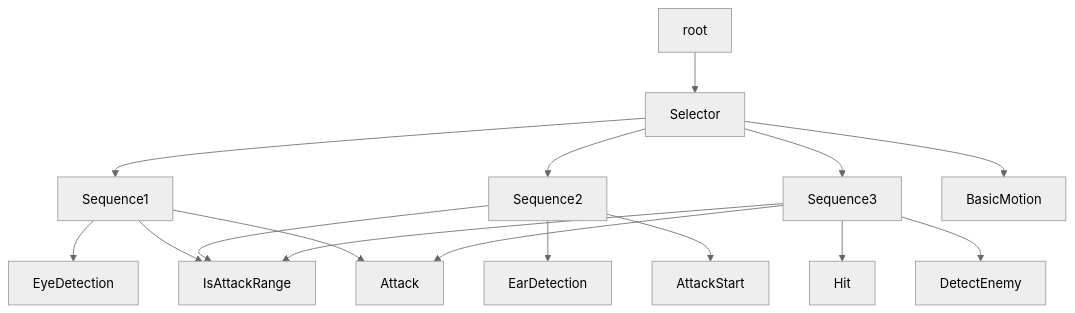
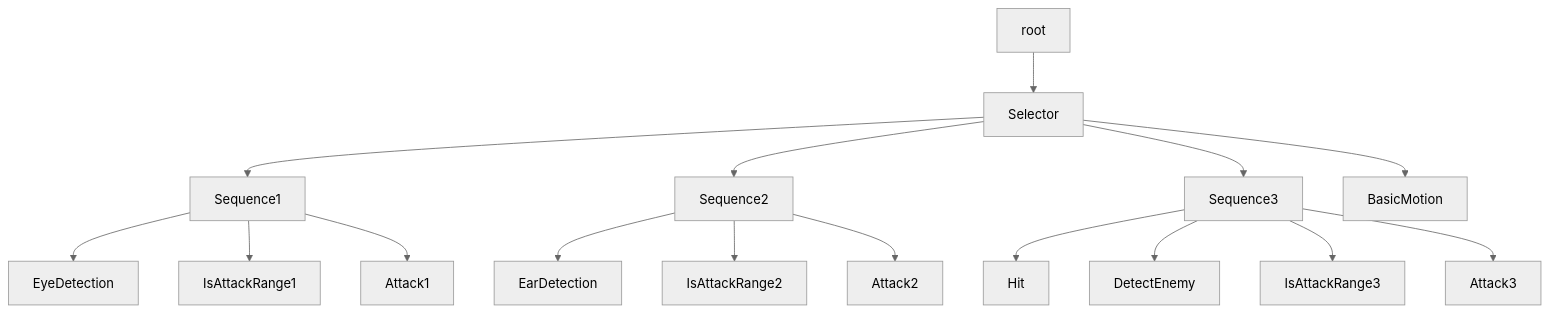
One commit to YDbata/Mosquito changed the diagram in README.md. Above: the diagram before and after it, drawn with Mermaid (neutral theme).

Commit message:
Update README.md
BT 수정

````diff
--- a/README.md
+++ b/README.md
@@ -8,18 +8,18 @@
 ```mermaid
 graph TD;
   root --> Selector;
   Selector --> Sequence1;
   Selector --> Sequence2;
   Selector --> Sequence3;
   Sequence1 --> EyeDetection;
-  Sequence1 --> IsAttackRange;
-  Sequence1 --> Attack;
+  Sequence1 --> IsAttackRange1;
+  Sequence1 --> Attack1;
   Sequence2 --> EarDetection;
-  Sequence2 --> IsAttackRange;
-  Sequence2 --> AttackStart;
+  Sequence2 --> IsAttackRange2;
+  Sequence2 --> Attack2;
   Sequence3 --> Hit;
   Sequence3 --> DetectEnemy;
-  Sequence3 --> IsAttackRange;
-  Sequence3 --> Attack;
+  Sequence3 --> IsAttackRange3;
+  Sequence3 --> Attack3;
   Selector --> BasicMotion;
 ```
````
